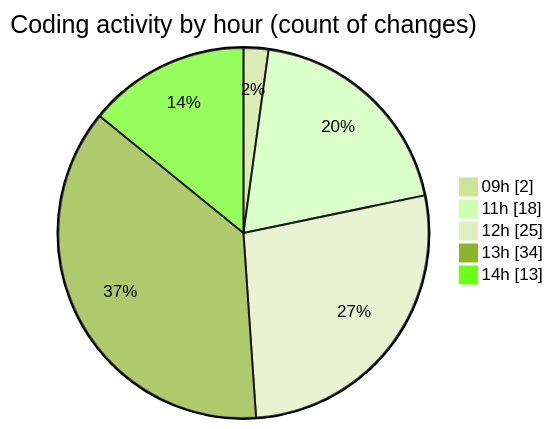
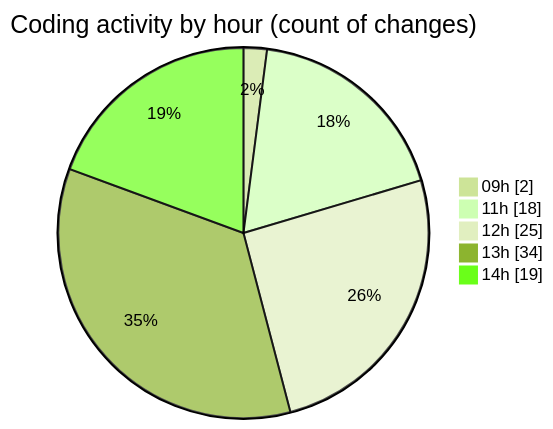
Before and after one commit to momahboobian/code-tracking: the second of 2 diagrams in 2025-06-30/cda/README.md, drawn with Mermaid (forest theme). The commit also changed other lines of this file and 1 other file, not shown here.

````diff
--- a/2025-06-30/cda/README.md
+++ b/2025-06-30/cda/README.md
@@ -52,9 +52,9 @@
 ```mermaid
 pie showData
 title Coding activity by hour (count of changes)
 "09h" : 2
 "11h" : 18
 "12h" : 25
 "13h" : 34
-"14h" : 13
+"14h" : 19
 ```
````
